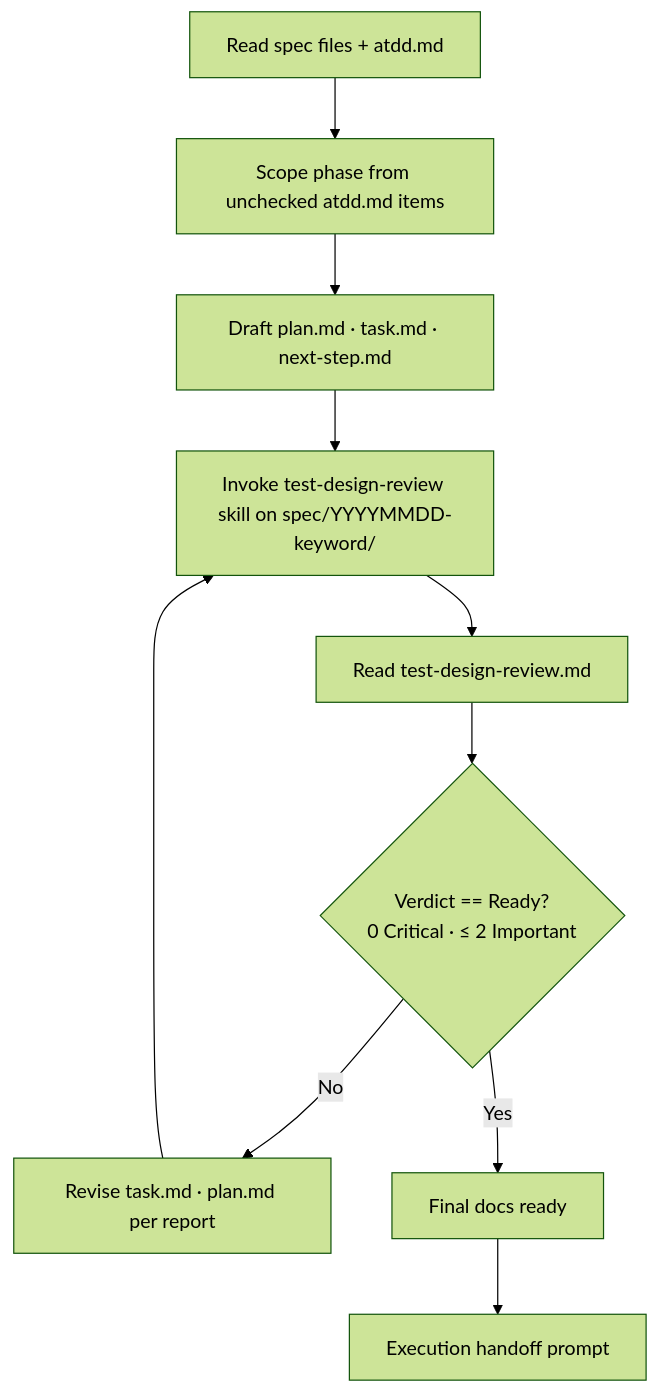
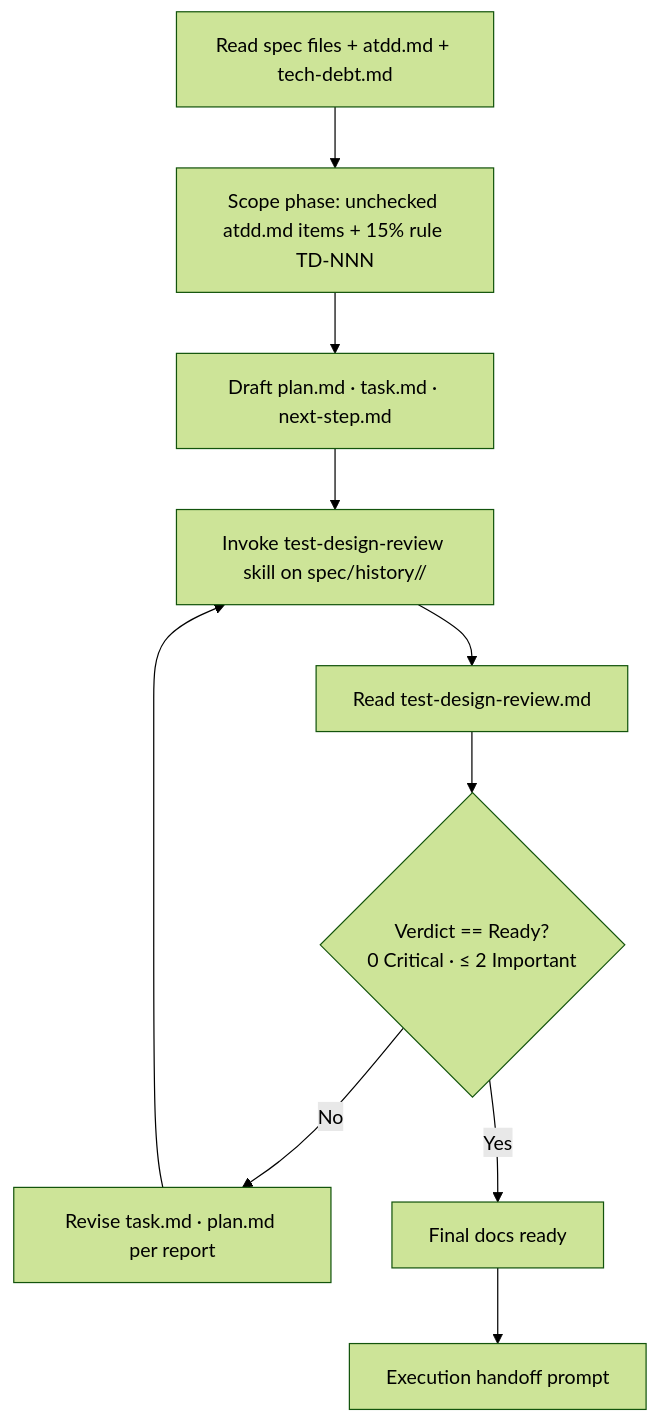
The first of 2 diagrams in .claude/skills/planning/SKILL.md (KiSae-Lee/agentic-workflow), drawn with Mermaid (forest theme) before and after one commit. The commit also changed other lines of this file and 14 other files, not shown here.

First line of the commit message:
feat(skills): add tech-debt tracking workflow and restructure spec/

````diff
--- a/.claude/skills/planning/SKILL.md
+++ b/.claude/skills/planning/SKILL.md
@@ -62,12 +78,12 @@
 ```mermaid
 flowchart TD
-    A[Read spec files + atdd.md] --> A1[Scope phase from unchecked atdd.md items]
+    A[Read spec files + atdd.md + tech-debt.md] --> A1[Scope phase: unchecked atdd.md items + 15% rule TD-NNN]
     A1 --> B[Draft plan.md · task.md · next-step.md]
-    B --> C[Invoke test-design-review skill on spec/YYYYMMDD-keyword/]
+    B --> C[Invoke test-design-review skill on spec/history/<phase>/]
     C --> D[Read test-design-review.md]
     D --> E{Verdict == Ready?<br/>0 Critical · ≤ 2 Important}
     E -->|No| F[Revise task.md · plan.md per report]
     F --> C
     E -->|Yes| G[Final docs ready]
     G --> H[Execution handoff prompt]
 ```
````
